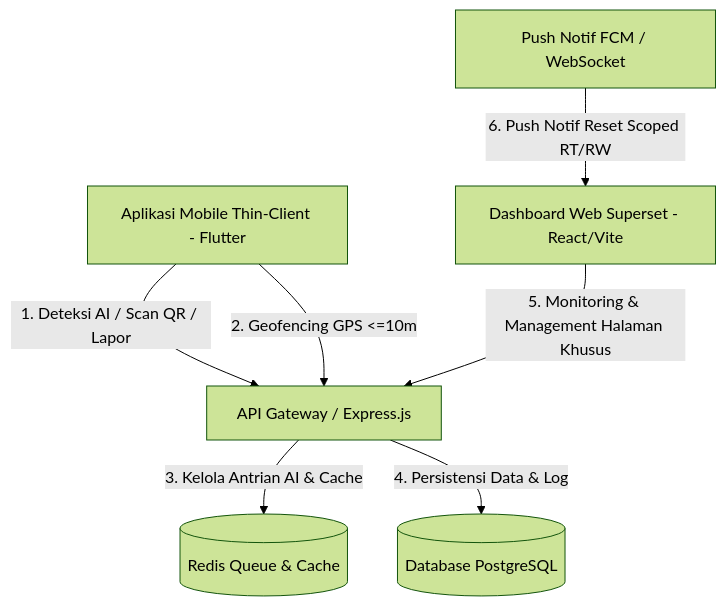
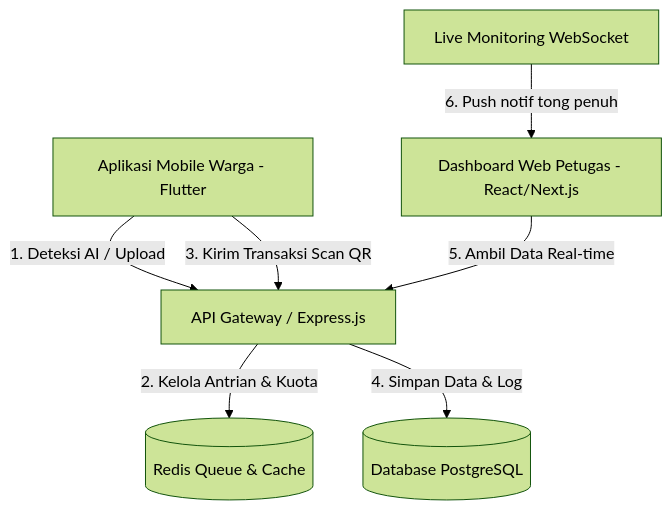
Before and after one commit to JexyDev/Pilah-Sampah-Cerdas: the diagram in docs/sdd.md, drawn with Mermaid (forest theme). The commit also changed other lines of this file and 513 other files, not shown here.

````diff
--- a/docs/sdd.md
+++ b/docs/sdd.md
@@ -5,9 +5,9 @@
 ```mermaid
 graph TD
-    A[Aplikasi Mobile Thin-Client - Flutter] -->|1. Deteksi AI / Scan QR / Lapor| B[API Gateway / Express.js]
-    A -->|2. Geofencing GPS <=10m| B
-    B -->|3. Kelola Antrian AI & Cache| C[(Redis Queue & Cache)]
-    B -->|4. Persistensi Data & Log| D[(Database PostgreSQL)]
-    E[Dashboard Web Superset - React/Vite] -->|5. Monitoring & Management Halaman Khusus| B
-    F[Push Notif FCM / WebSocket] -->|6. Push Notif Reset Scoped RT/RW| E
+    A[Aplikasi Mobile Warga - Flutter] -->|1. Deteksi AI / Upload| B[API Gateway / Express.js]
+    A -->|3. Kirim Transaksi Scan QR| B
+    B -->|2. Kelola Antrian & Kuota| C[(Redis Queue & Cache)]
+    B -->|4. Simpan Data & Log| D[(Database PostgreSQL)]
+    E[Dashboard Web Petugas - React/Next.js] -->|5. Ambil Data Real-time| B
+    F[Live Monitoring WebSocket] -->|6. Push notif tong penuh| E
 ```
````
